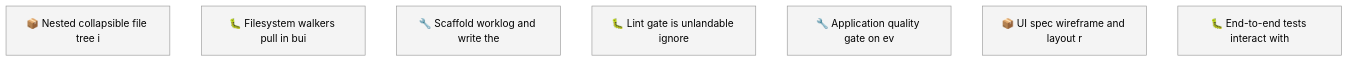
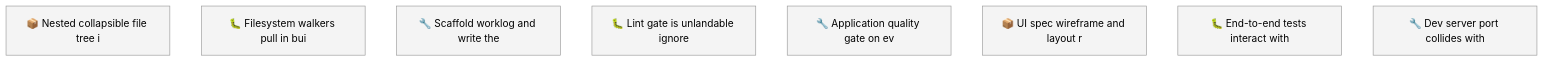
The first of 2 diagrams in docs/roadmap.md (SpillwaveSolutions/okf-forge), drawn with Mermaid (neutral theme) before and after one commit. The commit also changed other lines of this file and 16 other files, not shown here.

````diff
--- a/docs/roadmap.md
+++ b/docs/roadmap.md
@@ -58,12 +60,13 @@
 ```mermaid
 graph TD
     01KYZ24K4MKBE0VN4YAZ84V221["📦 Nested collapsible file tree i"]
     01KYZ24K90F9SS04CRSJRB65R4["🐛 Filesystem walkers pull in bui"]
     01KYZ27EFFB9MG32Y3YVFHRTND["🔧 Scaffold worklog and write the"]
     01KYZ8TZY5GARKJKNC5NC1PE75["🐛 Lint gate is unlandable ignore"]
     01KYZ8V02N7W42QKDHYFK9ZS70["🔧 Application quality gate on ev"]
     01KYZ97ESCXSAG4KFAESST84QT["📦 UI spec wireframe and layout r"]
     01KYZ9TRM50FCMFFZDVW2VZ2CC["🐛 End-to-end tests interact with"]
+    01KYZF04XQY6T771RDTCZQRWSY["🔧 Dev server port collides with"]
     classDef todo fill:#f4f4f4,stroke:#999999
-    class 01KYZ24K4MKBE0VN4YAZ84V221,01KYZ24K90F9SS04CRSJRB65R4,01KYZ27EFFB9MG32Y3YVFHRTND,01KYZ8TZY5GARKJKNC5NC1PE75,01KYZ8V02N7W42QKDHYFK9ZS70,01KYZ97ESCXSAG4KFAESST84QT,01KYZ9TRM50FCMFFZDVW2VZ2CC todo
+    class 01KYZ24K4MKBE0VN4YAZ84V221,01KYZ24K90F9SS04CRSJRB65R4,01KYZ27EFFB9MG32Y3YVFHRTND,01KYZ8TZY5GARKJKNC5NC1PE75,01KYZ8V02N7W42QKDHYFK9ZS70,01KYZ97ESCXSAG4KFAESST84QT,01KYZ9TRM50FCMFFZDVW2VZ2CC,01KYZF04XQY6T771RDTCZQRWSY todo
 ```
````
